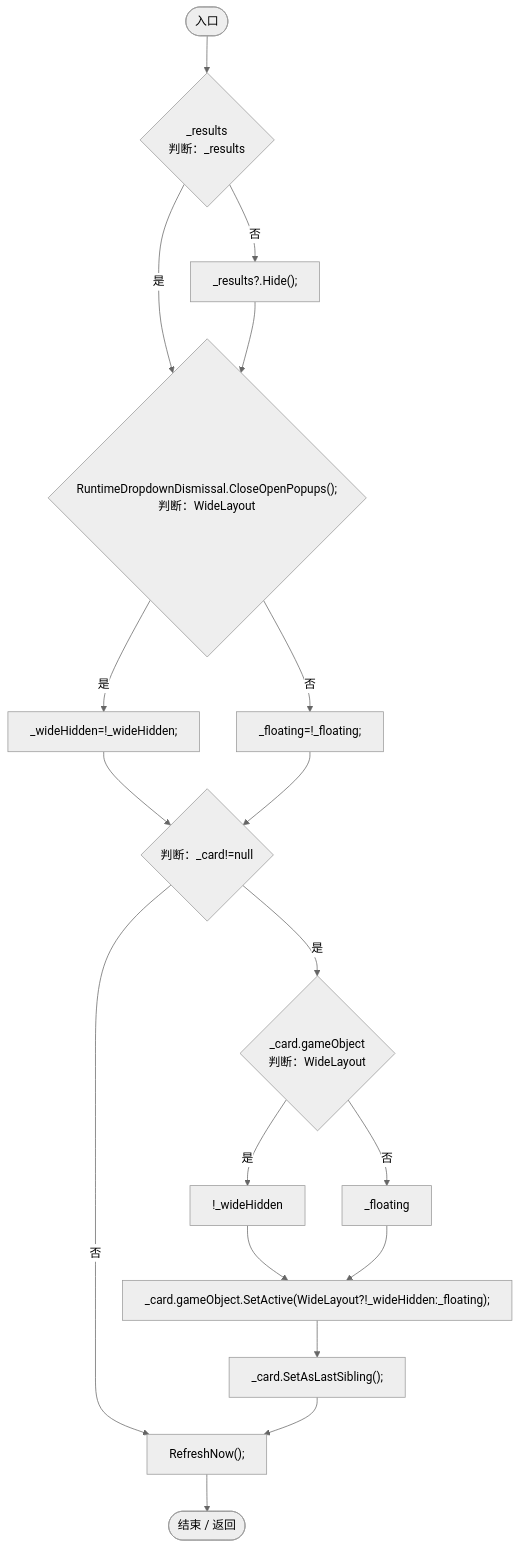
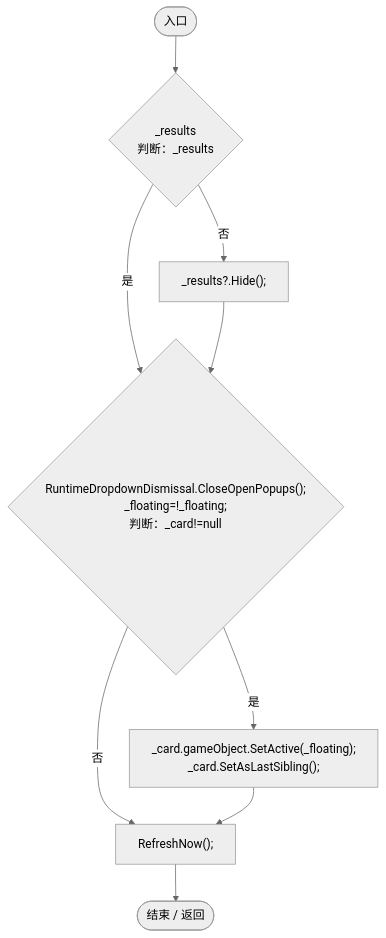
Diagram 30 of 34 in Docs/运行流程图/脚本/c2cd33111de06171.md (xhs6666/Darwin_paradise), drawn with Mermaid (neutral theme) before and after one commit. The commit also changed other lines of this file and 150 other files, not shown here.

````diff
--- a/Docs/运行流程图/脚本/c2cd33111de06171.md
+++ b/Docs/运行流程图/脚本/c2cd33111de06171.md
@@ -925,35 +895,19 @@
 ```mermaid
 flowchart TD
   b0(["入口"])
   b1{"_results<br/>判断：_results"}
   b2["_results?.Hide();"]
-  b3{"RuntimeDropdownDismissal.CloseOpenPopups();<br/>判断：WideLayout"}
-  b4["_wideHidden=!_wideHidden;"]
-  b5["_floating=!_floating;"]
-  b6{"判断：_card!=null"}
-  b7{"_card.gameObject<br/>判断：WideLayout"}
-  b8["!_wideHidden"]
-  b9["_floating"]
-  b10["_card.gameObject.SetActive(WideLayout?!_wideHidden:_floating);"]
-  b11["_card.SetAsLastSibling();"]
-  b12["RefreshNow();"]
-  b13(["结束 / 返回"])
+  b3{"RuntimeDropdownDismissal.CloseOpenPopups();<br/>_floating=!_floating;<br/>判断：_card!=null"}
+  b4["_card.gameObject.SetActive(_floating);<br/>_card.SetAsLastSibling();"]
+  b5["RefreshNow();"]
+  b6(["结束 / 返回"])
   b0 --> b1
   b1 -->|"否"| b2
   b1 -->|"是"| b3
   b2 --> b3
   b3 -->|"是"| b4
   b3 -->|"否"| b5
-  b4 --> b6
+  b4 --> b5
   b5 --> b6
-  b6 -->|"是"| b7
-  b6 -->|"否"| b12
-  b7 -->|"是"| b8
-  b7 -->|"否"| b9
-  b8 --> b10
-  b9 --> b10
-  b10 --> b11
-  b11 --> b12
-  b12 --> b13
 
 ```
````
